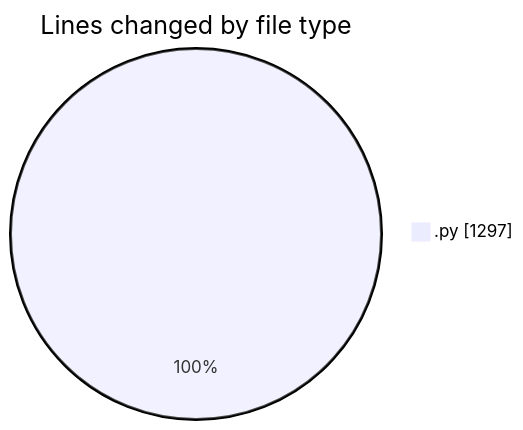
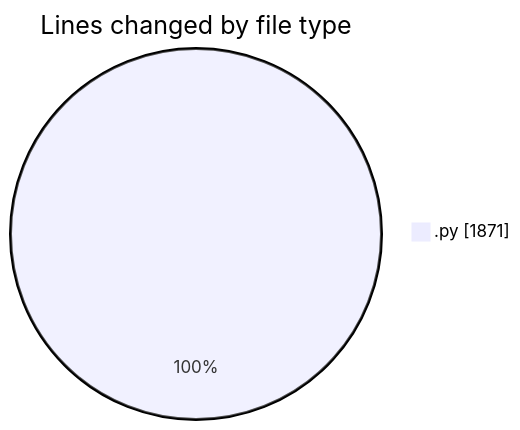
One commit to julien-gomy/code-tracking changed the first of 2 diagrams in 2025-10-14/eventscop-api-guide__workspace_/README.md. Above: the diagram before and after it, drawn with Mermaid. The commit also changed other lines of this file and 1 other file, not shown here.

````diff
--- a/2025-10-14/eventscop-api-guide__workspace_/README.md
+++ b/2025-10-14/eventscop-api-guide__workspace_/README.md
@@ -21,5 +22,5 @@
 ```mermaid
 pie showData
 title Lines changed by file type
-".py" : 1297
+".py" : 1871
 ```
````
